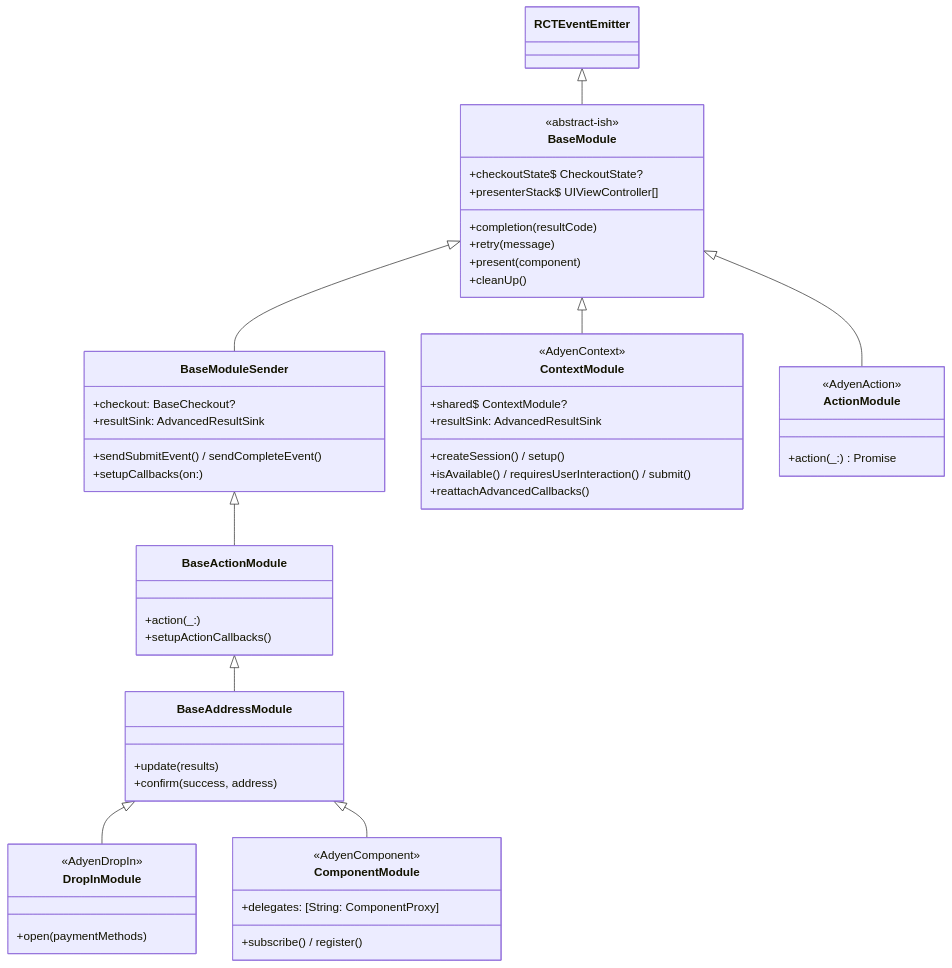
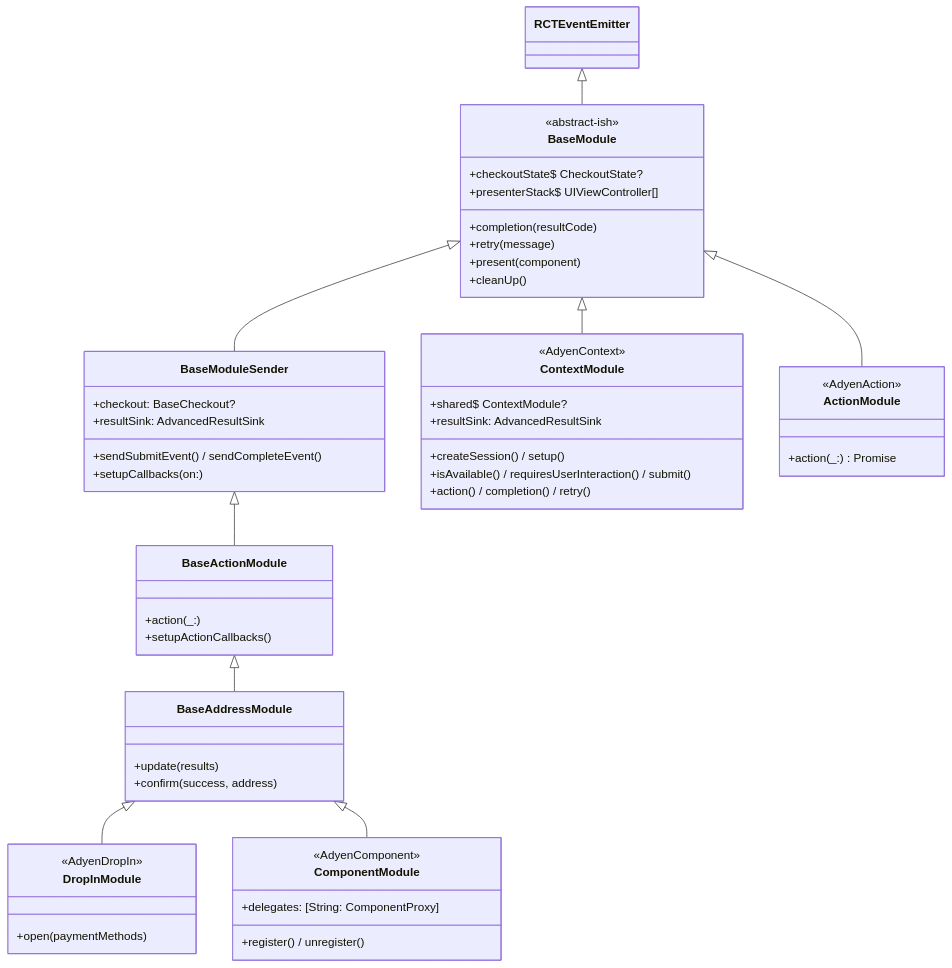
Before and after one commit to Adyen/adyen-react-native: the second of 7 diagrams in docs/native-architecture.md, drawn with Mermaid. The commit also changed other lines of this file and 2 other files, not shown here.

````diff
--- a/docs/native-architecture.md
+++ b/docs/native-architecture.md
@@ -39,57 +39,57 @@
 ```mermaid
 classDiagram
   class RCTEventEmitter
   class BaseModule {
     <<abstract-ish>>
     +checkoutState$ CheckoutState?
     +presenterStack$ UIViewController[]
     +completion(resultCode)
     +retry(message)
     +present(component)
     +cleanUp()
   }
   class BaseModuleSender {
     +checkout: BaseCheckout?
     +resultSink: AdvancedResultSink
     +sendSubmitEvent() / sendCompleteEvent()
     +setupCallbacks(on:)
   }
   class BaseActionModule {
     +action(_:)
     +setupActionCallbacks()
   }
   class BaseAddressModule {
     +update(results)
     +confirm(success, address)
   }
   class ContextModule {
     <<AdyenContext>>
     +shared$ ContextModule?
     +resultSink: AdvancedResultSink
     +createSession() / setup()
     +isAvailable() / requiresUserInteraction() / submit()
-    +reattachAdvancedCallbacks()
+    +action() / completion() / retry()
   }
   class DropInModule {
     <<AdyenDropIn>>
     +open(paymentMethods)
   }
   class ComponentModule {
     <<AdyenComponent>>
     +delegates: [String: ComponentProxy]
-    +subscribe() / register()
+    +register() / unregister()
   }
   class ActionModule {
     <<AdyenAction>>
     +action(_:) Promise
   }
 
   RCTEventEmitter <|-- BaseModule
   BaseModule <|-- ContextModule
   BaseModule <|-- ActionModule
   BaseModule <|-- BaseModuleSender
   BaseModuleSender <|-- BaseActionModule
   BaseActionModule <|-- BaseAddressModule
   BaseAddressModule <|-- DropInModule
   BaseAddressModule <|-- ComponentModule
 ```
````
